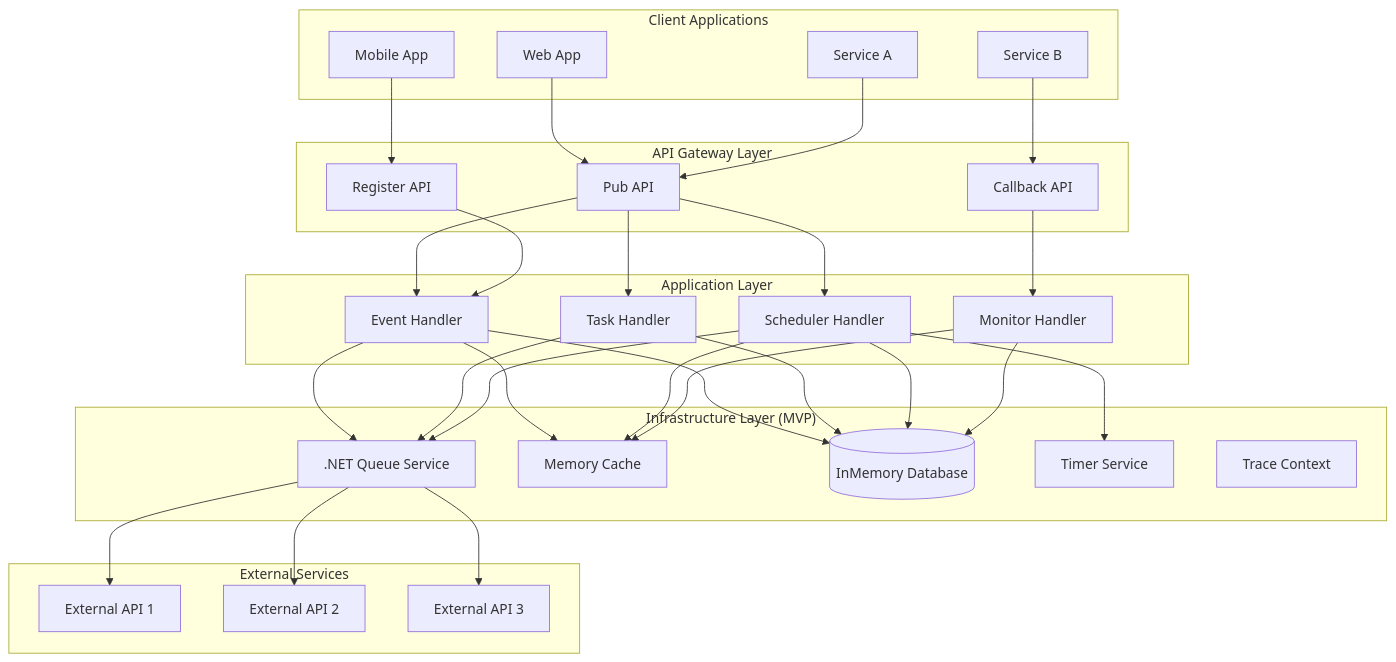
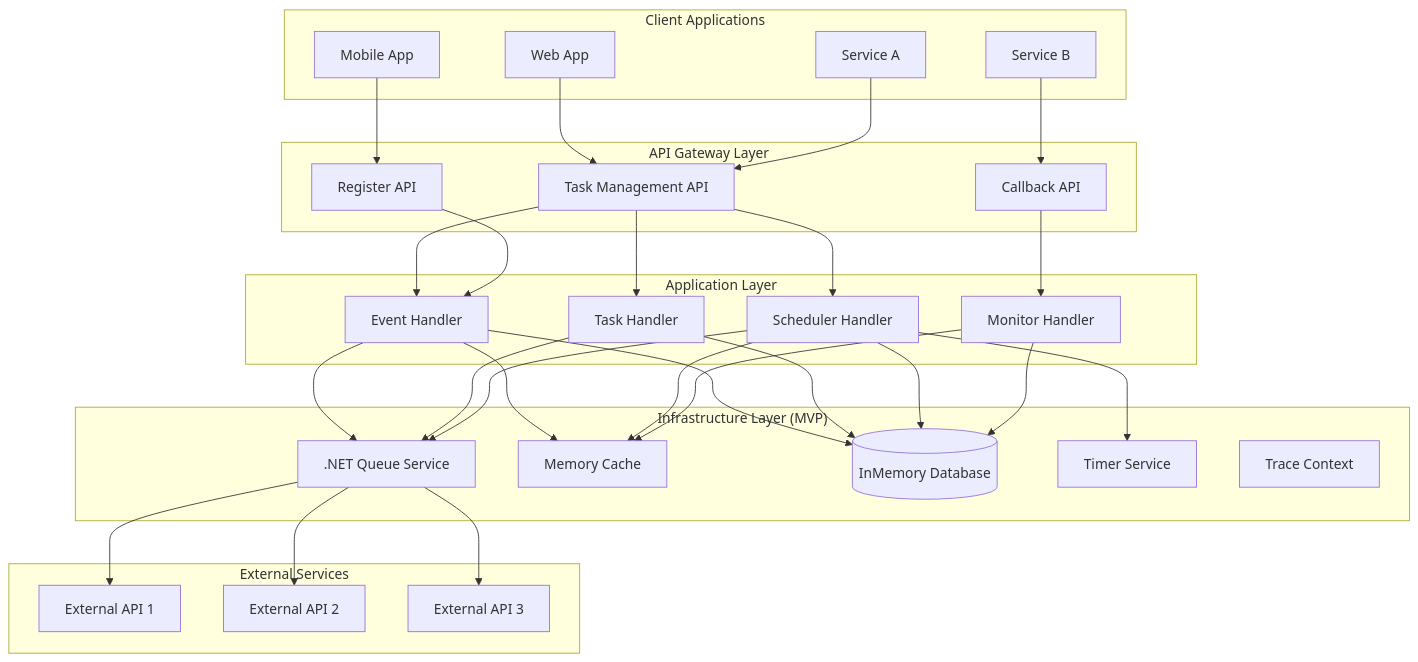
One commit to yaochangyu/eventbus-platform changed the first of 9 diagrams in .specs/design.md. Above: the diagram before and after it, drawn with Mermaid. The commit also changed other lines of this file and 17 other files, not shown here.

First line of the commit message:
refactor(architecture): 重構 Task 處理機制，簡化 API 架構設計

````diff
--- a/.specs/design.md
+++ b/.specs/design.md
@@ -9,66 +9,66 @@
 ```mermaid
 graph TB
     subgraph "Client Applications"
         APP1[Web App]
         APP2[Mobile App]
         APP3[Service A]
         APP4[Service B]
     end
 
     subgraph "API Gateway Layer"
-        PUB[Pub API]
+        TASK_API[Task Management API]
         REG[Register API]
         CB[Callback API]
     end
 
     subgraph "Application Layer"
         EH[Event Handler]
         TH[Task Handler]
         SH[Scheduler Handler]
         MON[Monitor Handler]
     end
 
     subgraph "Infrastructure Layer (MVP)"
         QUEUE[.NET Queue Service]
         CACHE[Memory Cache]
         DB[(InMemory Database)]
         TIMER[Timer Service]
         TRACE[Trace Context]
     end
 
     subgraph "External Services"
         EXT1[External API 1]
         EXT2[External API 2]
         EXT3[External API 3]
     end
 
-    APP1 --> PUB
+    APP1 --> TASK_API
     APP2 --> REG
-    APP3 --> PUB
+    APP3 --> TASK_API
     APP4 --> CB
 
-    PUB --> EH
-    PUB --> TH
-    PUB --> SH
+    TASK_API --> EH
+    TASK_API --> TH
+    TASK_API --> SH
     REG --> EH
     CB --> MON
 
     EH --> QUEUE
     TH --> QUEUE
     SH --> QUEUE
 
     EH --> CACHE
     SH --> CACHE
     MON --> CACHE
 
     EH --> DB
     TH --> DB
     SH --> DB
     MON --> DB
 
     QUEUE --> EXT1
     QUEUE --> EXT2
     QUEUE --> EXT3
 
     SH --> TIMER
 ```
````
